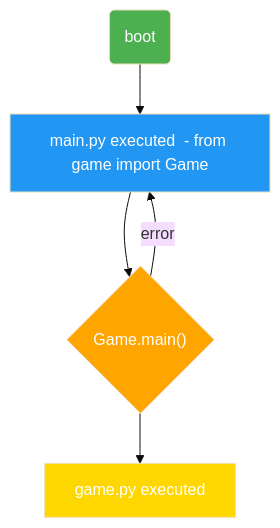
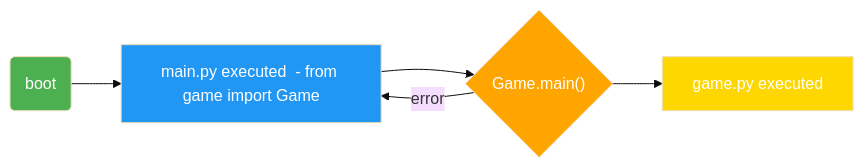
One commit to LeifGCH/launchpad-MAX7219 changed the diagram in README.md. Above: the diagram before and after it, drawn with Mermaid (base theme).

````diff
--- a/README.md
+++ b/README.md
@@ -16,11 +16,11 @@
 ```mermaid
-flowchart TD
+flowchart LR
     A(boot):::start --> B[main.py executed  - from game import Game]
     B:::second --> C{"Game.main()"}
     C:::third --> D[game.py executed]:::last
     C -->|error| B
 classDef start fill:#4caf50,color:white;
 classDef second fill:#2196f3,color:white;
 classDef third fill:#ffa500,color:white;
 classDef last fill:#ffd700,color:white;
 ```
````
